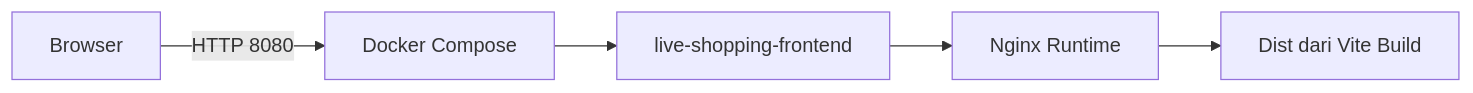
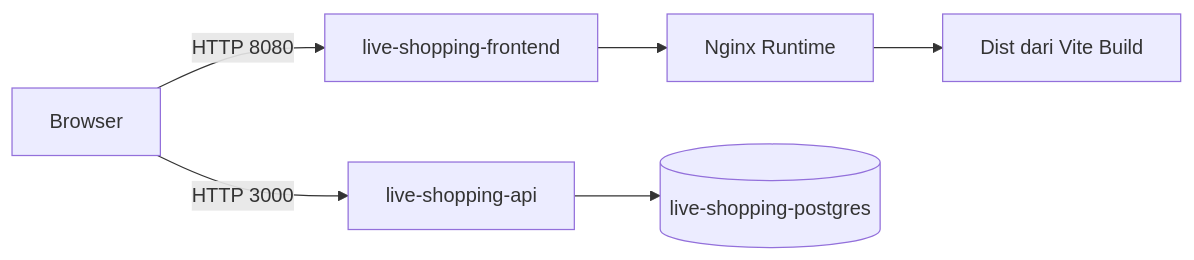
The fifth of 5 diagrams in Document/ARCHITECTURE/README.md (Fadlurrahman-Rivai/live-shopping-flash-sale), drawn with Mermaid before and after one commit. The commit also changed other lines of this file and 14 other files, not shown here.

Commit message:
Add backend API service and Postgres stack

````diff
--- a/Document/ARCHITECTURE/README.md
+++ b/Document/ARCHITECTURE/README.md
@@ -196,7 +208,8 @@
 ```mermaid
 flowchart LR
-    Browser -->|HTTP 8080| Compose[Docker Compose]
-    Compose --> FrontendContainer[live-shopping-frontend]
-    FrontendContainer --> Nginx[Nginx Runtime]
-    Nginx --> StaticBuild[Dist dari Vite Build]
+  Browser -->|HTTP 8080| FrontendContainer[live-shopping-frontend]
+  Browser -->|HTTP 3000| ApiContainer[live-shopping-api]
+  FrontendContainer --> Nginx[Nginx Runtime]
+  ApiContainer --> Postgres[(live-shopping-postgres)]
+  Nginx --> StaticBuild[Dist dari Vite Build]
 ```
````
